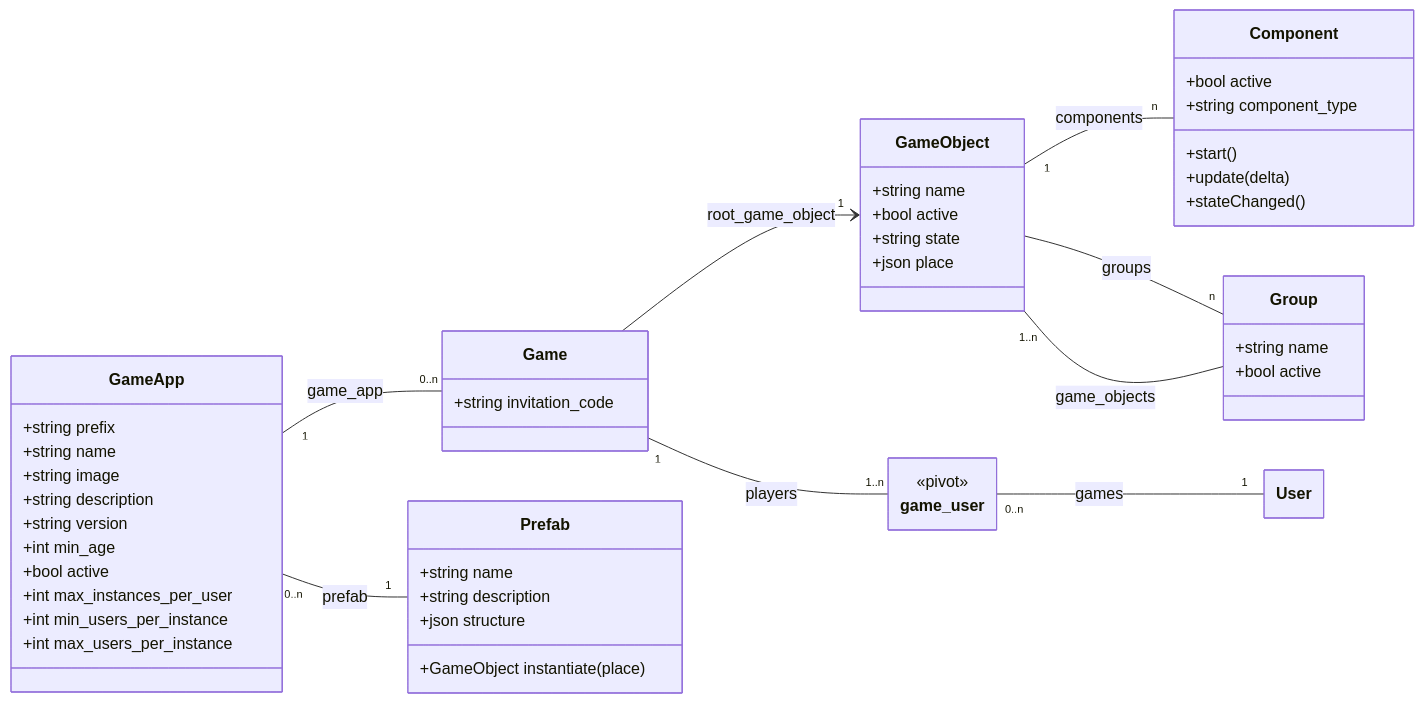
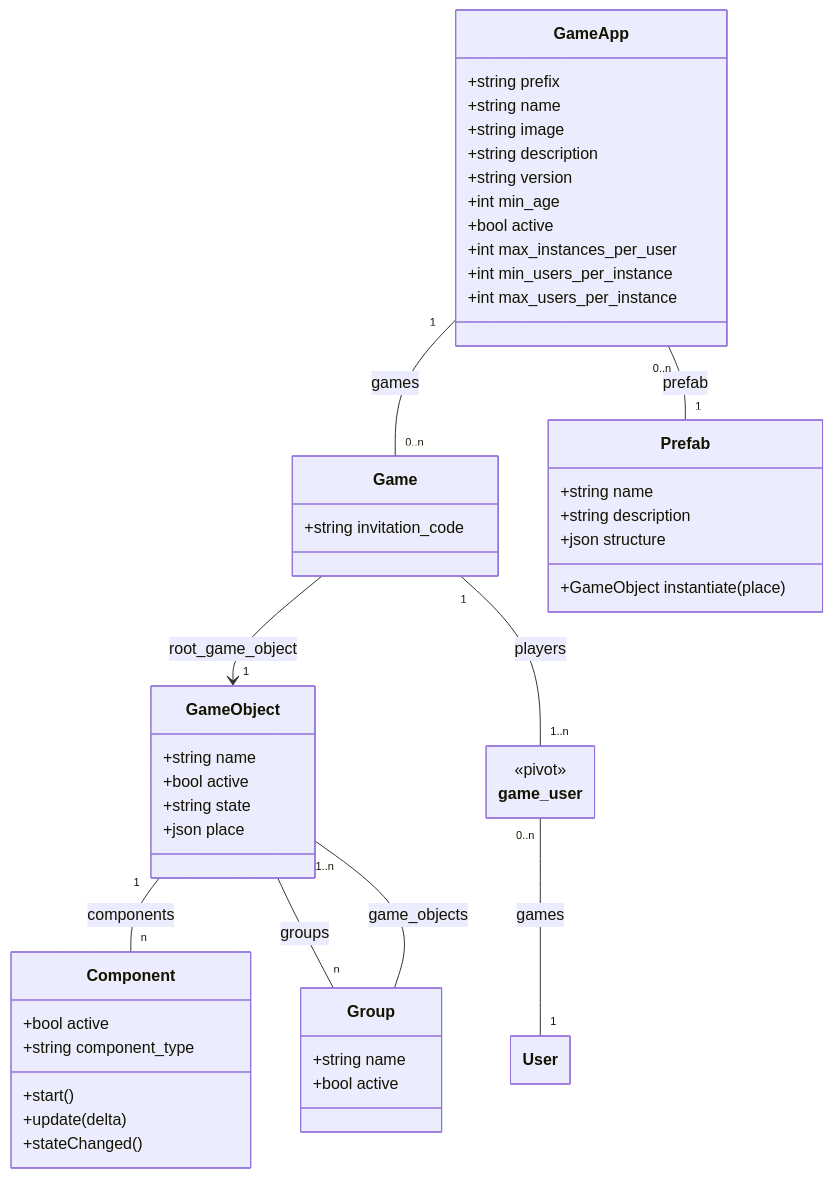
The diagram in docs/class_diagrams.md (eormeno/base-project), drawn with Mermaid before and after one commit. The commit also changed 6 other files, not shown here.

````diff
--- a/docs/class_diagrams.md
+++ b/docs/class_diagrams.md
@@ -3,60 +3,60 @@
 ```mermaid
 ---
   config:
     class:
       hideEmptyMembersBox: true
 ---
 classDiagram
-    direction LR
+    direction TD
     class User {
     }
     class GameApp {
         +string prefix
         +string name
         +string image
         +string description
         +string version
         +int min_age
         +bool active
         +int max_instances_per_user
         +int min_users_per_instance
         +int max_users_per_instance
     }
     class Game {
         +string invitation_code
     }
     class game_user {
         <<pivot>>
     }
     class Prefab {
         +string name
         +string description
         +json structure
         +GameObject instantiate(place)
     }
     class GameObject {
         +string name
         +bool active
         +string state
         +json place
     }
     class Group {
         +string name
         +bool active
     }
     class Component {
         +bool active
         +string component_type
         +start()
         +update(delta)
         +stateChanged()
     }
     Game --> "1" GameObject : root_game_object
     GameObject "1" -- "n" Component : components
     GameObject -- "n" Group : groups
     Group -- "1..n" GameObject : game_objects
-    GameApp "1" -- "0..n" Game : game_app
+    GameApp "1" -- "0..n" Game : games
     Game "1" -- "1..n" game_user : players
     GameApp "0..n" -- "1" Prefab : prefab
     game_user "0..n" -- "1" User : games
 ```
````
